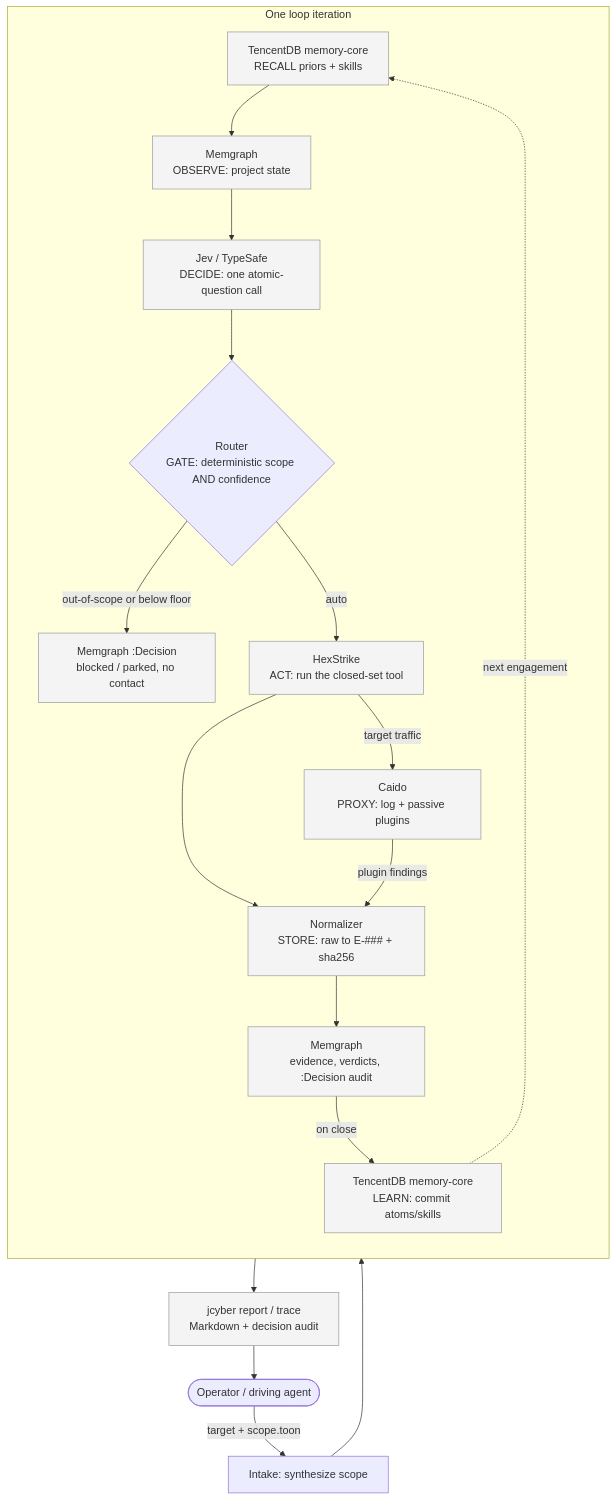
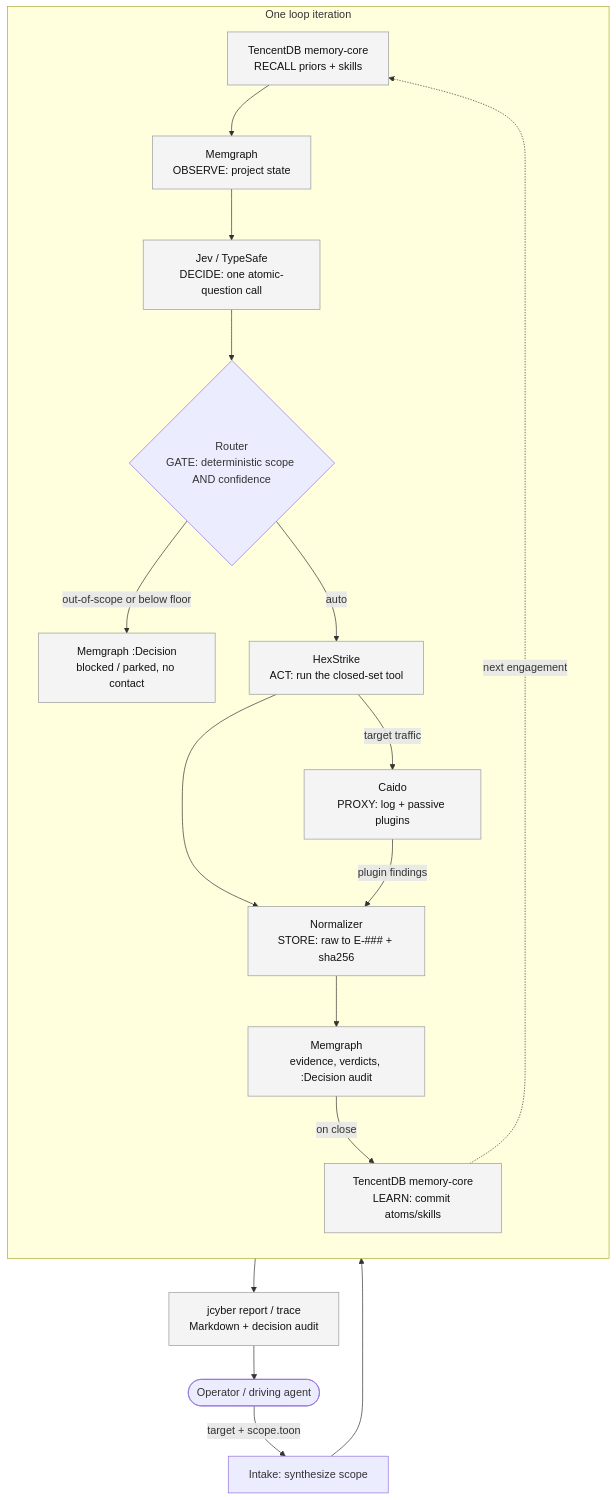
One commit to undeemed/Jcyber changed the third of 3 diagrams in docs/diagrams.md. Above: the diagram before and after it, drawn with Mermaid. The commit also changed other lines of this file and 1 other file, not shown here.

Commit message:
fix(docs): dark node text so mermaid diagrams read on dark theme
The service-usage and architecture diagrams force fill:#f4f4f4 (near-white)
but set no text color, so GitHub's dark theme rendered light-gray text on a
light fill (unreadable). Add color:#111 to both classDefs. The architecture
classDef change is mirrored byte-for-byte in PLAN.md so the docs-gate mermaid
sync still holds.

````diff
--- a/docs/diagrams.md
+++ b/docs/diagrams.md
@@ -87,26 +87,26 @@
 ```mermaid
 flowchart TB
   OP([Operator / driving agent]) -->|target + scope.toon| INTAKE[Intake: synthesize scope]
   INTAKE --> REC
 
   subgraph ITER[One loop iteration]
     direction TB
     REC[TencentDB memory-core<br/>RECALL priors + skills] --> OBS[Memgraph<br/>OBSERVE: project state]
     OBS --> DEC[Jev / TypeSafe<br/>DECIDE: one atomic-question call]
     DEC --> GATE{Router<br/>GATE: deterministic scope AND confidence}
     GATE -->|out-of-scope or below floor| AUD[Memgraph :Decision<br/>blocked / parked, no contact]
     GATE -->|auto| ACT[HexStrike<br/>ACT: run the closed-set tool]
     ACT -->|target traffic| CD[Caido<br/>PROXY: log + passive plugins]
     ACT --> NORM[Normalizer<br/>STORE: raw to E-### + sha256]
     CD -->|plugin findings| NORM
     NORM --> MG[Memgraph<br/>evidence, verdicts, :Decision audit]
     MG -->|on close| LRN[TencentDB memory-core<br/>LEARN: commit atoms/skills]
   end
 
   LRN -.->|next engagement| REC
   MG --> OUT[jcyber report / trace<br/>Markdown + decision audit]
   OUT --> OP
 
-  classDef svc fill:#f4f4f4,stroke:#999
+  classDef svc fill:#f4f4f4,stroke:#999,color:#111
   class REC,OBS,DEC,ACT,CD,NORM,MG,AUD,LRN,OUT svc
 ```
````
